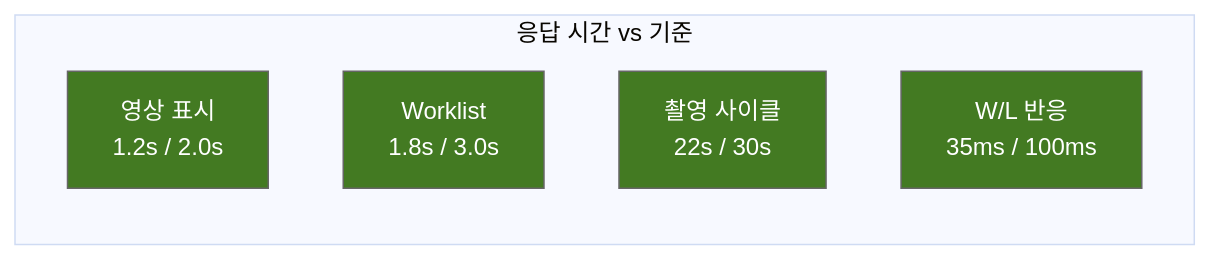
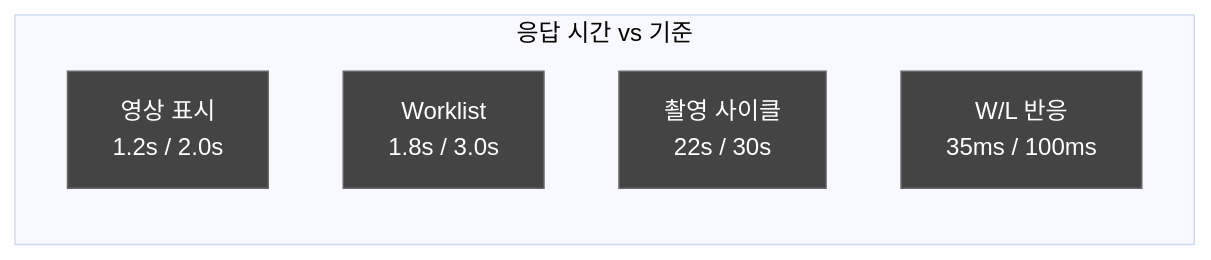
Before and after one commit to holee9/console-gui: the diagram in docs/testing/DOC-027_PerfReport_v1.0.md, drawn with Mermaid (base theme). The commit also changed 35 other files, not shown here.

First line of the commit message:
fix: 전체 Mermaid 차트 색상 진한 회색 통일

````diff
--- a/docs/testing/DOC-027_PerfReport_v1.0.md
+++ b/docs/testing/DOC-027_PerfReport_v1.0.md
@@ -71,14 +71,14 @@
 ```mermaid
 graph LR
     classDef default fill:#444,stroke:#666,color:#fff
     subgraph "응답 시간 vs 기준"
         A1["영상 표시<br/>1.2s / 2.0s"] 
         A2["Worklist<br/>1.8s / 3.0s"]
         A3["촬영 사이클<br/>22s / 30s"]
         A4["W/L 반응<br/>35ms / 100ms"]
     end
-    style A1 fill:#437A22,color:#fff
-    style A2 fill:#437A22,color:#fff
-    style A3 fill:#437A22,color:#fff
-    style A4 fill:#437A22,color:#fff
+    style A1 fill:#444,color:#fff
+    style A2 fill:#444,color:#fff
+    style A3 fill:#444,color:#fff
+    style A4 fill:#444,color:#fff
 ```
````
